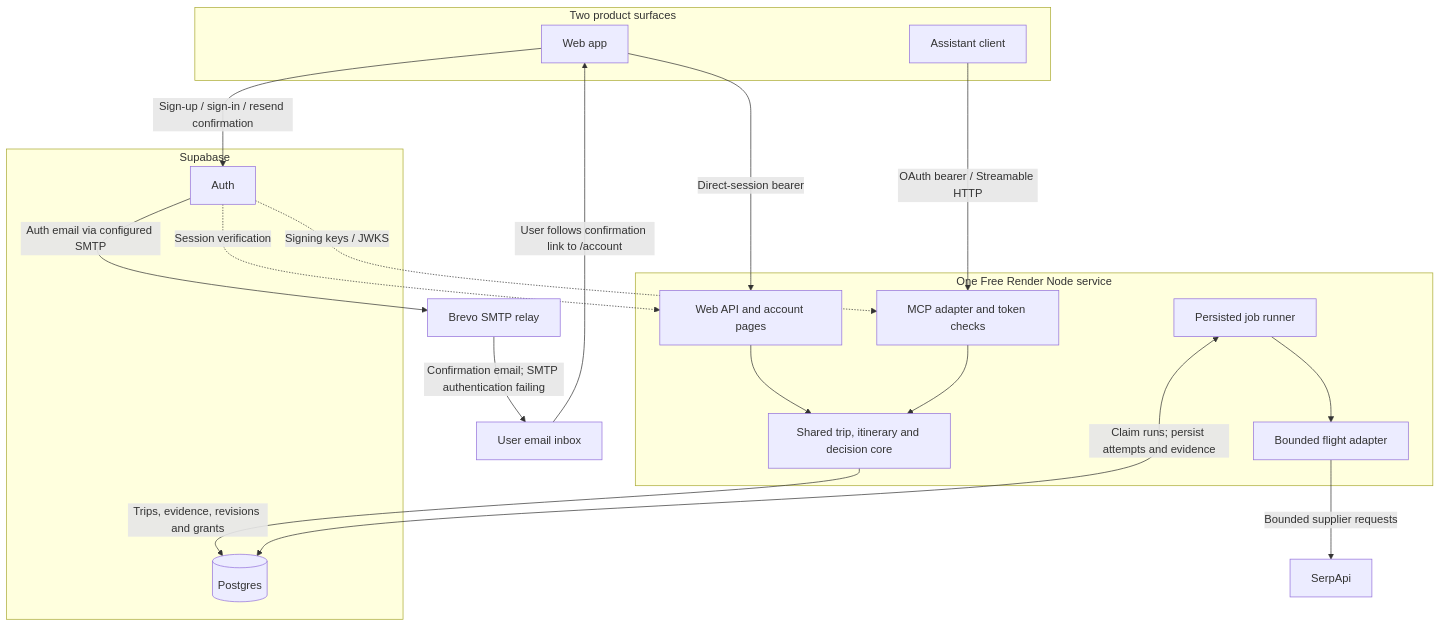
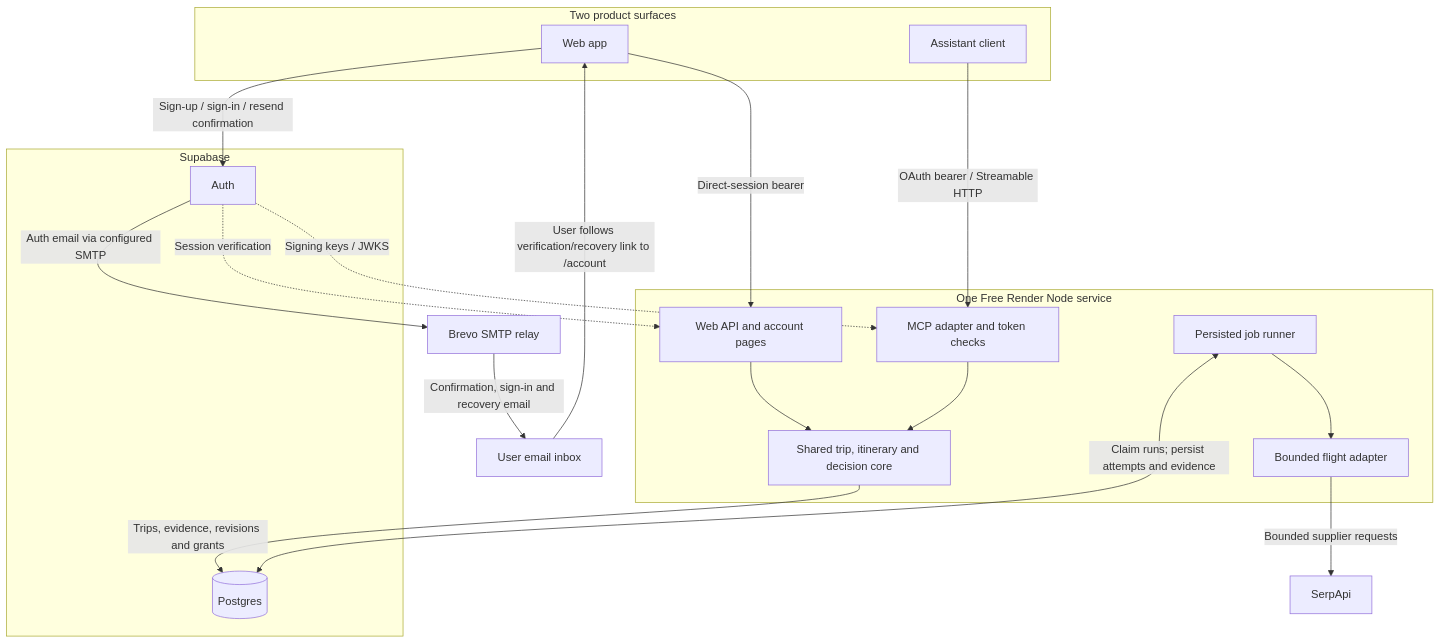
Before and after one commit to eddieyang-97/trip-planning-engine: the first of 2 diagrams in docs/architecture.md, drawn with Mermaid. The commit also changed other lines of this file and 8 other files, not shown here.

Commit message:
Clarify deployed passkey flows, recovery and verification boundaries (#62)

````diff
--- a/docs/architecture.md
+++ b/docs/architecture.md
@@ -11,36 +11,36 @@
 ```mermaid
 flowchart TB
     subgraph Clients["Two product surfaces"]
         Web["Web app"]
         Assistant["Assistant client"]
     end
     subgraph Render["One Free Render Node service"]
         API["Web API and account pages"]
         MCP["MCP adapter and token checks"]
         Core["Shared trip, itinerary and decision core"]
         Worker["Persisted job runner"]
         Adapter["Bounded flight adapter"]
     end
     subgraph Supabase["Supabase"]
         Auth["Auth"]
         DB[("Postgres")]
     end
     SerpApi["SerpApi"]
     Brevo["Brevo SMTP relay"]
     Inbox["User email inbox"]
 
     Web -->|"Direct-session bearer"| API
     Web -->|"Sign-up / sign-in / resend confirmation"| Auth
     Auth -->|"Auth email via configured SMTP"| Brevo
-    Brevo -->|"Confirmation email; SMTP authentication failing"| Inbox
-    Inbox -->|"User follows confirmation link to /account"| Web
+    Brevo -->|"Confirmation, sign-in and recovery email"| Inbox
+    Inbox -->|"User follows verification/recovery link to /account"| Web
     Assistant -->|"OAuth bearer / Streamable HTTP"| MCP
     Auth -.->|"Session verification"| API
     Auth -.->|"Signing keys / JWKS"| MCP
     API --> Core
     MCP --> Core
     Core -->|"Trips, evidence, revisions and grants"| DB
     Worker <-->|"Claim runs; persist attempts and evidence"| DB
     Worker --> Adapter
     Adapter -->|"Bounded supplier requests"| SerpApi
 ```
````
